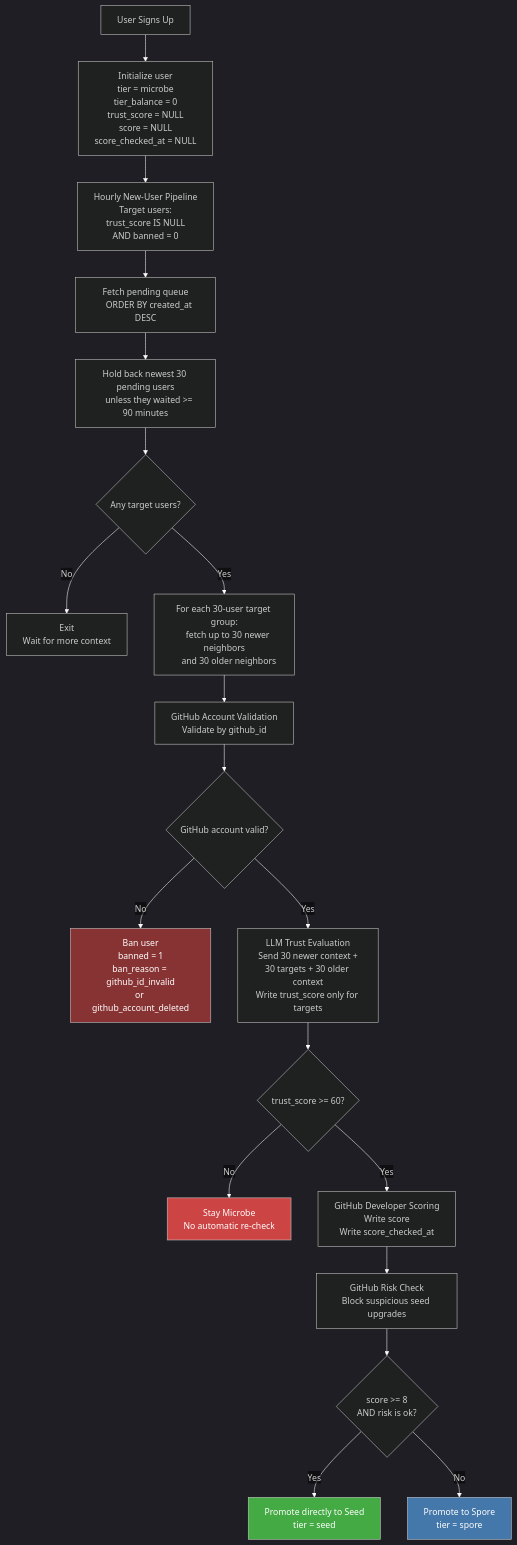
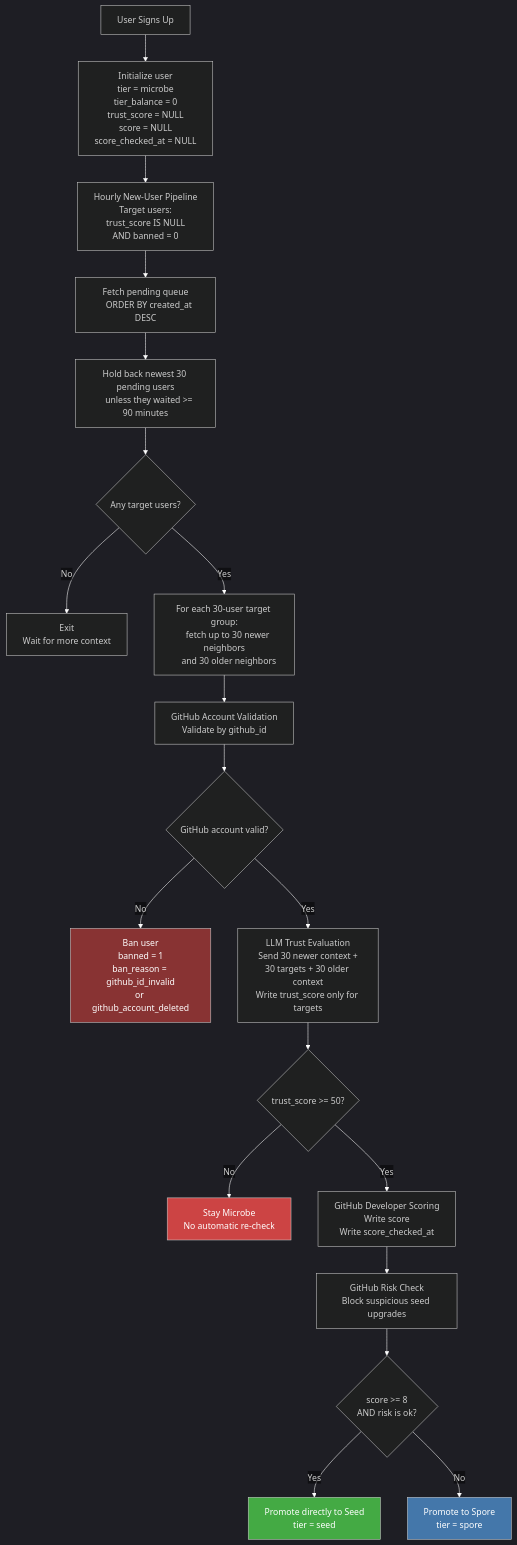
One commit to pollinations/pollinations changed the first of 2 diagrams in enter.pollinations.ai/user-scoring/README.md. Above: the diagram before and after it, drawn with Mermaid. The commit also changed 8 other files, not shown here.

````diff
--- a/enter.pollinations.ai/user-scoring/README.md
+++ b/enter.pollinations.ai/user-scoring/README.md
@@ -86,61 +86,61 @@
 ```mermaid
 %%{init: {'theme': 'dark', 'themeVariables': {'lineColor': '#ffffff', 'edgeLabelBackground': 'transparent'}}}%%
 flowchart TD
     A["User Signs Up"] --> B["Initialize user
 tier = microbe
 tier_balance = 0
 trust_score = NULL
 score = NULL
 score_checked_at = NULL"]
 
     B --> C["Hourly New-User Pipeline
 Target users:
 trust_score IS NULL
 AND banned = 0"]
 
     C --> D["Fetch pending queue
     ORDER BY created_at DESC"]
     D --> E["Hold back newest 30 pending users
     unless they waited >= 90 minutes"]
     E --> F{"Any target users?"}
     F -->|No| G["Exit
     Wait for more context"]
     F -->|Yes| H["For each 30-user target group:
     fetch up to 30 newer neighbors
     and 30 older neighbors"]
 
     H --> I["GitHub Account Validation
     Validate by github_id"]
 
     I --> J{"GitHub account valid?"}
     J -->|No| K["Ban user
 banned = 1
 ban_reason = github_id_invalid
 or github_account_deleted"]
     J -->|Yes| L["LLM Trust Evaluation
 Send 30 newer context +
 30 targets + 30 older context
 Write trust_score only for targets"]
 
-    L --> M{"trust_score >= 60?"}
+    L --> M{"trust_score >= 50?"}
     M -->|No| N["Stay Microbe
 No automatic re-check"]
     M -->|Yes| O["GitHub Developer Scoring
 Write score
 Write score_checked_at"]
 
     O --> P["GitHub Risk Check
 Block suspicious seed upgrades"]
 
     P --> Q{"score >= 8
 AND risk is ok?"}
     Q -->|Yes| R["Promote directly to Seed
 tier = seed"]
     Q -->|No| S["Promote to Spore
 tier = spore"]
 
     style K fill:#833,color:#fff
     style N fill:#c44,color:#fff
     style S fill:#47a,color:#fff
     style R fill:#4a4,color:#fff
 ```
````
